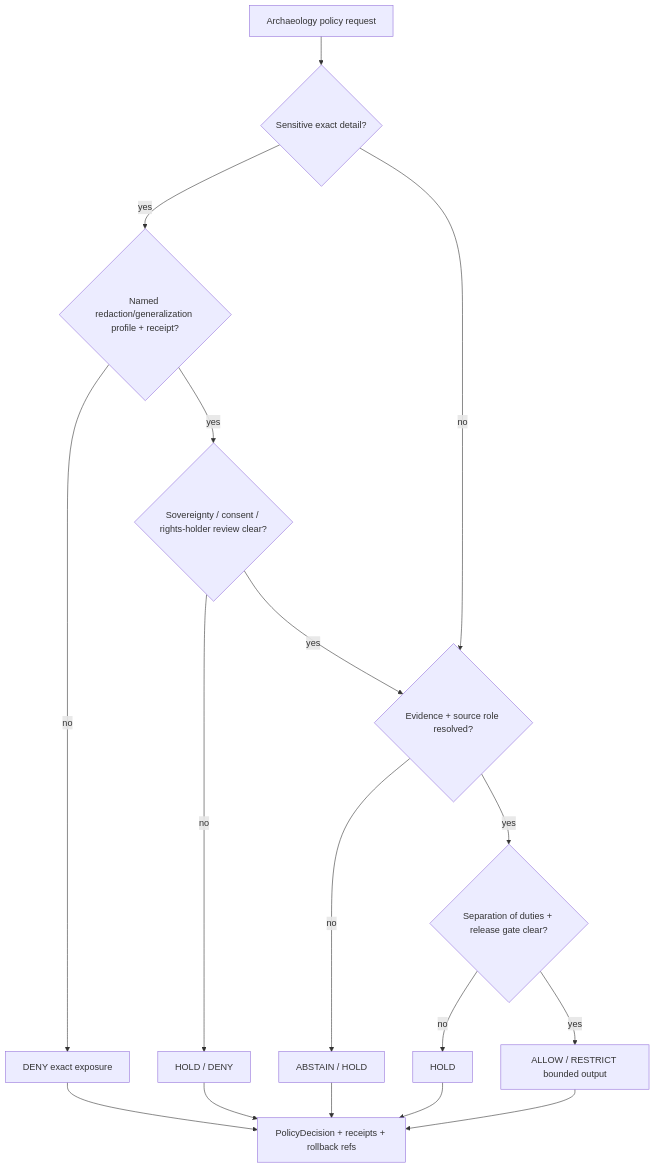
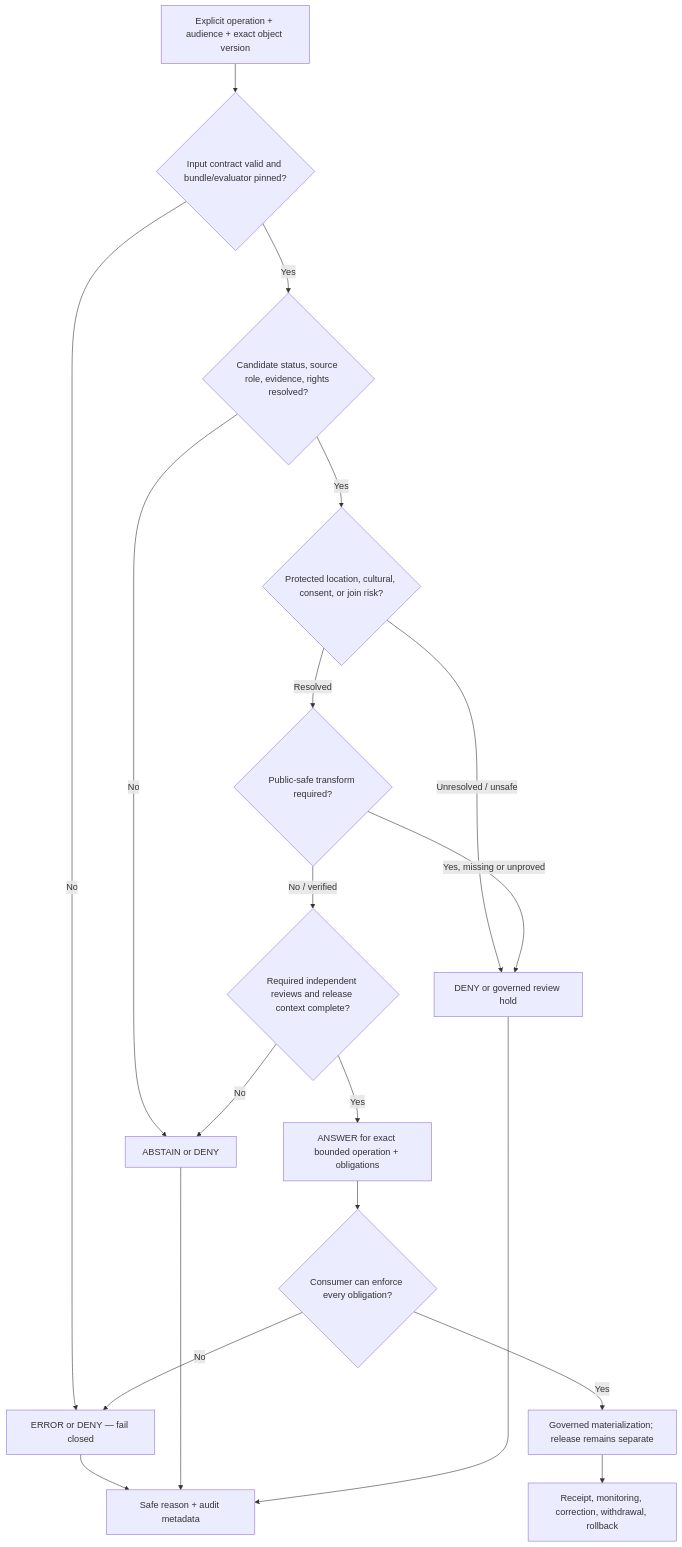
The diagram in policy/domains/archaeology/README.md (bartytime4life/Kansas-Frontier-Matrix), drawn with Mermaid before and after one commit. The commit also changed other lines of this file and 1 other file, not shown here.

Commit message:
docs(policy): reconcile archaeology domain boundary

````diff
--- a/policy/domains/archaeology/README.md
+++ b/policy/domains/archaeology/README.md
@@ -215,20 +544,22 @@
 ```mermaid
 flowchart TD
-    req["Archaeology policy request"] --> sens{"Sensitive exact detail?"}
-    sens -->|yes| redact{"Named redaction/generalization profile + receipt?"}
-    sens -->|no| evidence{"Evidence + source role resolved?"}
-    redact -->|no| deny["DENY exact exposure"]
-    redact -->|yes| sovereign{"Sovereignty / consent / rights-holder review clear?"}
-    sovereign -->|no| hold1["HOLD / DENY"]
-    sovereign -->|yes| evidence
-    evidence -->|no| abstain["ABSTAIN / HOLD"]
-    evidence -->|yes| review{"Separation of duties + release gate clear?"}
-    review -->|no| hold2["HOLD"]
-    review -->|yes| allow["ALLOW / RESTRICT bounded output"]
+    A["Explicit operation + audience + exact object version"] --> B{"Input contract valid and bundle/evaluator pinned?"}
+    B -->|No| E["ERROR or DENY — fail closed"]
+    B -->|Yes| C{"Candidate status, source role, evidence, rights resolved?"}
+    C -->|No| F["ABSTAIN or DENY"]
+    C -->|Yes| D{"Protected location, cultural, consent, or join risk?"}
+    D -->|Unresolved / unsafe| G["DENY or governed review hold"]
+    D -->|Resolved| H{"Public-safe transform required?"}
+    H -->|Yes, missing or unproved| G
+    H -->|No / verified| I{"Required independent reviews and release context complete?"}
+    I -->|No| F
+    I -->|Yes| J["ANSWER for exact bounded operation + obligations"]
 
-    allow --> audit["PolicyDecision + receipts + rollback refs"]
-    deny --> audit
-    hold1 --> audit
-    hold2 --> audit
-    abstain --> audit
+    E --> K["Safe reason + audit metadata"]
+    F --> K
+    G --> K
+    J --> L{"Consumer can enforce every obligation?"}
+    L -->|No| E
+    L -->|Yes| M["Governed materialization; release remains separate"]
+    M --> N["Receipt, monitoring, correction, withdrawal, rollback"]
 ```
````
